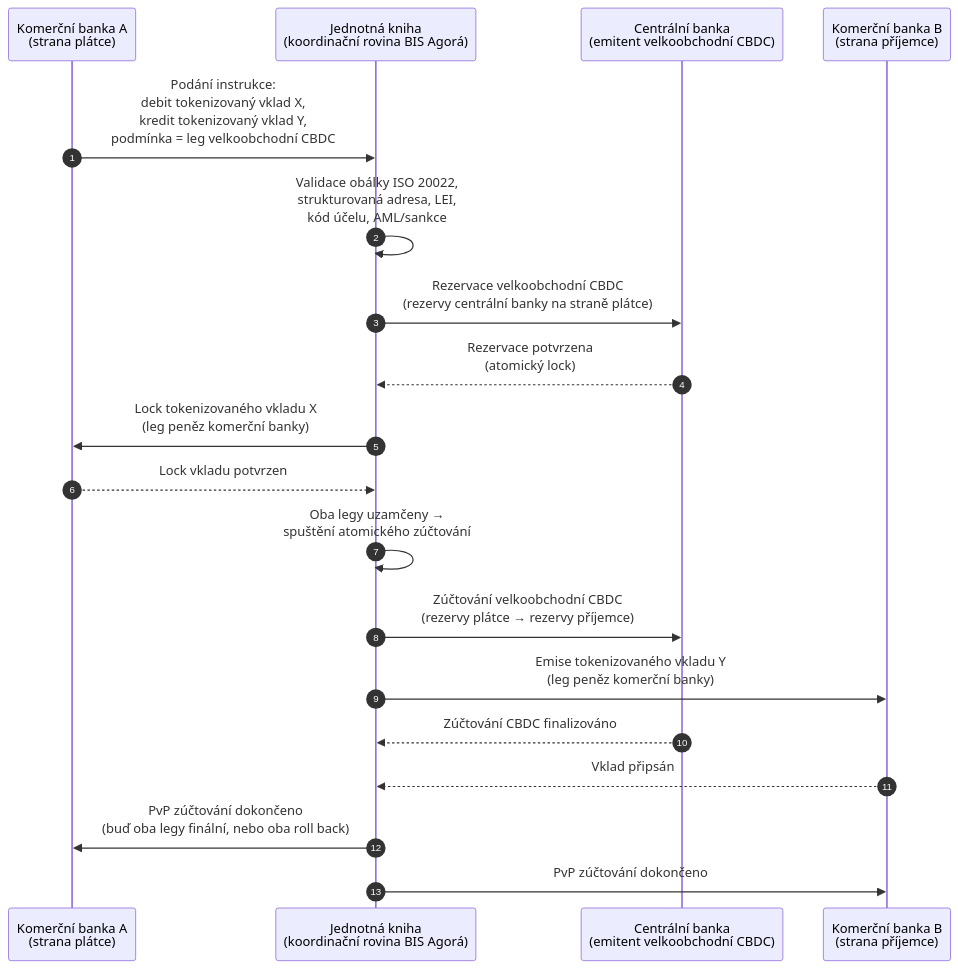
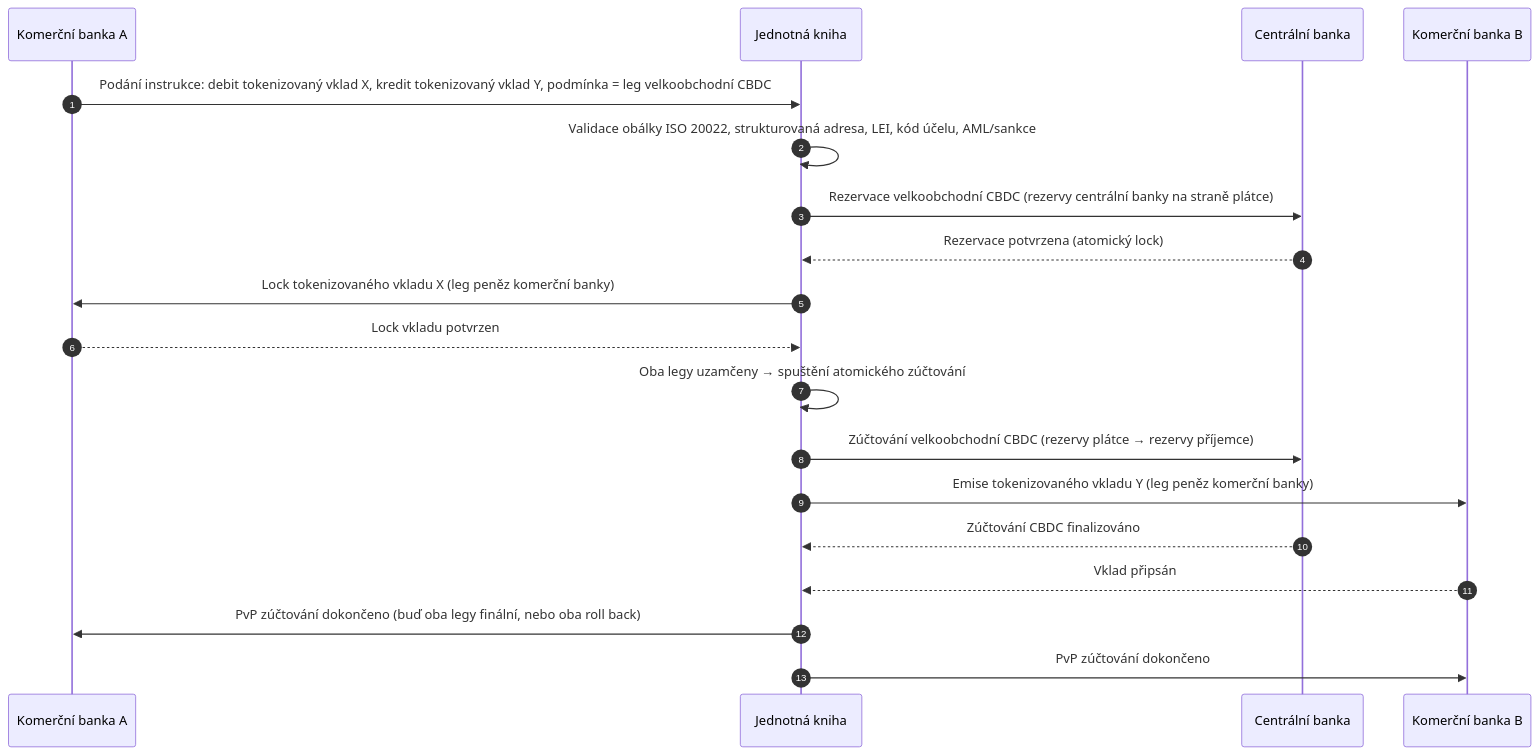
One commit to sebastienrousseau/sebastienrousseau.github.io changed the diagram in _posts/cs/2026-06-06-wholesale-payments-index-iso20022-tokenised-deposits-cross-border-2026.md. Above: the diagram before and after it, drawn with Mermaid. The commit also changed 2231 other files, not shown here.

First line of the commit message:
fix(mermaid): unblock Mermaid v10 rendering end-to-end (#198)

````diff
--- a/_posts/cs/2026-06-06-wholesale-payments-index-iso20022-tokenised-deposits-cross-border-2026.md
+++ b/_posts/cs/2026-06-06-wholesale-payments-index-iso20022-tokenised-deposits-cross-border-2026.md
@@ -170,22 +170,21 @@
 ```mermaid
 sequenceDiagram
     autonumber
-    participant CB_A as Komerční banka A<br/>(strana plátce)
-    participant UL as Jednotná kniha<br/>(koordinační rovina BIS Agorá)
-    participant CBNK as Centrální banka<br/>(emitent velkoobchodní CBDC)
-    participant CB_B as Komerční banka B<br/>(strana příjemce)
-
-    CB_A->>UL: Podání instrukce:<br/>debit tokenizovaný vklad X,<br/>kredit tokenizovaný vklad Y,<br/>podmínka = leg velkoobchodní CBDC
-    UL->>UL: Validace obálky ISO 20022,<br/>strukturovaná adresa, LEI,<br/>kód účelu, AML/sankce
-    UL->>CBNK: Rezervace velkoobchodní CBDC<br/>(rezervy centrální banky na straně plátce)
-    CBNK-->>UL: Rezervace potvrzena<br/>(atomický lock)
-    UL->>CB_A: Lock tokenizovaného vkladu X<br/>(leg peněz komerční banky)
+    participant CB_A as Komerční banka A
+    participant UL as Jednotná kniha
+    participant CBNK as Centrální banka
+    participant CB_B as Komerční banka B
+    CB_A->>UL: Podání instrukce: debit tokenizovaný vklad X, kredit tokenizovaný vklad Y, podmínka = leg velkoobchodní CBDC
+    UL->>UL: Validace obálky ISO 20022, strukturovaná adresa, LEI, kód účelu, AML/sankce
+    UL->>CBNK: Rezervace velkoobchodní CBDC (rezervy centrální banky na straně plátce)
+    CBNK-->>UL: Rezervace potvrzena (atomický lock)
+    UL->>CB_A: Lock tokenizovaného vkladu X (leg peněz komerční banky)
     CB_A-->>UL: Lock vkladu potvrzen
-    UL->>UL: Oba legy uzamčeny →<br/>spuštění atomického zúčtování
-    UL->>CBNK: Zúčtování velkoobchodní CBDC<br/>(rezervy plátce → rezervy příjemce)
-    UL->>CB_B: Emise tokenizovaného vkladu Y<br/>(leg peněz komerční banky)
+    UL->>UL: Oba legy uzamčeny → spuštění atomického zúčtování
+    UL->>CBNK: Zúčtování velkoobchodní CBDC (rezervy plátce → rezervy příjemce)
+    UL->>CB_B: Emise tokenizovaného vkladu Y (leg peněz komerční banky)
     CBNK-->>UL: Zúčtování CBDC finalizováno
     CB_B-->>UL: Vklad připsán
-    UL->>CB_A: PvP zúčtování dokončeno<br/>(buď oba legy finální, nebo oba roll back)
+    UL->>CB_A: PvP zúčtování dokončeno (buď oba legy finální, nebo oba roll back)
     UL->>CB_B: PvP zúčtování dokončeno
 ```
````
